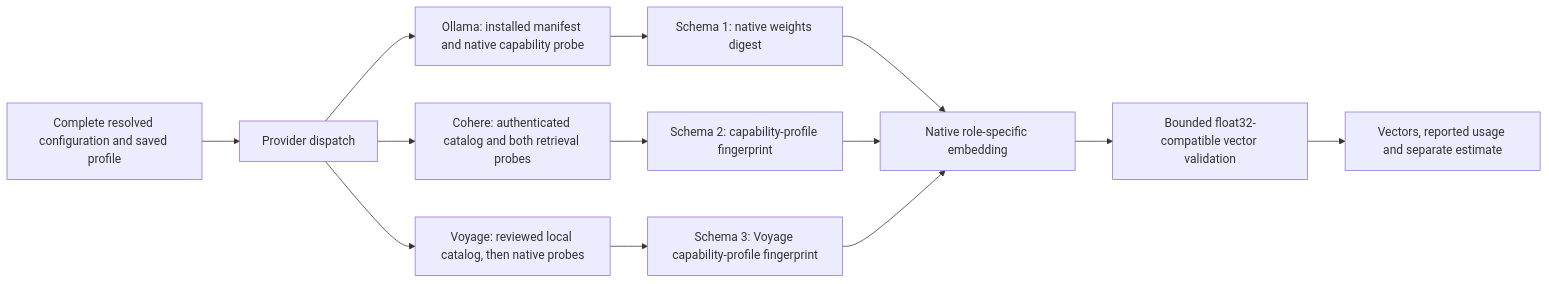
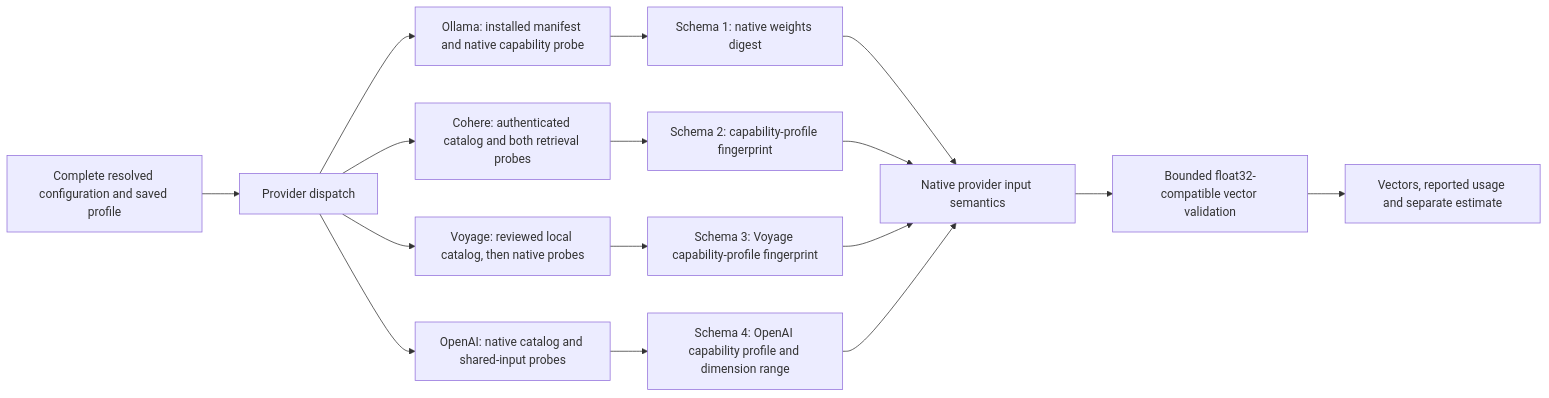
Before and after one commit to SimonLoir/vectorix: the diagram in packages/embeddings/README.md, drawn with Mermaid. The commit also changed other lines of this file and 34 other files, not shown here.

Commit message:
feat(rag): add native OpenAI indexing and search

````diff
--- a/packages/embeddings/README.md
+++ b/packages/embeddings/README.md
@@ -17,15 +18,18 @@
 ```mermaid
 flowchart LR
     R["Complete resolved configuration and saved profile"] --> D["Provider dispatch"]
     D --> O["Ollama: installed manifest and native capability probe"]
     D --> C["Cohere: authenticated catalog and both retrieval probes"]
     D --> VY["Voyage: reviewed local catalog, then native probes"]
+    D --> OA["OpenAI: native catalog and shared-input probes"]
     O --> W["Schema 1: native weights digest"]
     C --> P["Schema 2: capability-profile fingerprint"]
     VY --> VP["Schema 3: Voyage capability-profile fingerprint"]
-    W --> E["Native role-specific embedding"]
+    OA --> OP["Schema 4: OpenAI capability profile and dimension range"]
+    W --> E["Native provider input semantics"]
     P --> E
     VP --> E
+    OP --> E
     E --> V["Bounded float32-compatible vector validation"]
     V --> U["Vectors, reported usage and separate estimate"]
 ```
````
